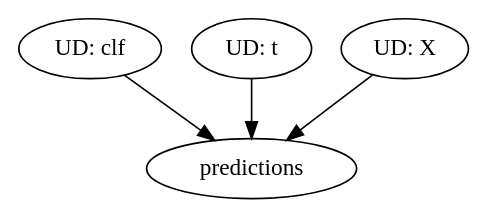
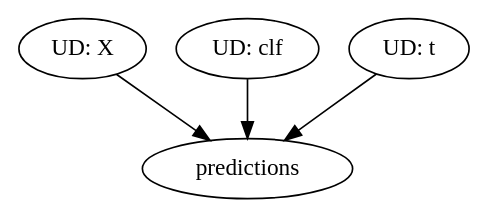
The diagram in artifacts/infer1_test.dot (aamir09/mlops2_with_dagster), drawn with Graphviz before and after one commit. The commit also changed other lines of this file and 50 other files, not shown here.

```diff
--- a/artifacts/infer1_test.dot
+++ b/artifacts/infer1_test.dot
@@ -1,13 +1,13 @@
 // Dependency Graph
 digraph {
+	predictions [label=predictions]
+	X [label=X]
 	clf [label=clf]
 	t [label=t]
-	predictions [label=predictions]
-	X [label=X]
+	X [label="UD: X"]
 	clf [label="UD: clf"]
 	t [label="UD: t"]
-	X [label="UD: X"]
 	clf -> predictions
 	X -> predictions
 	t -> predictions
 }
```
